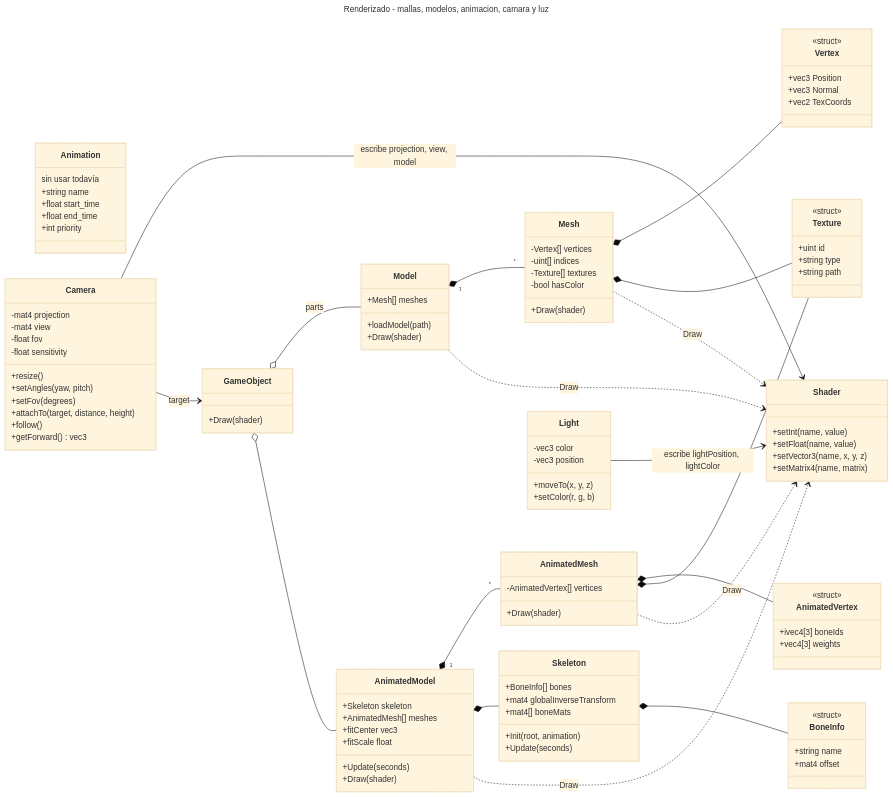
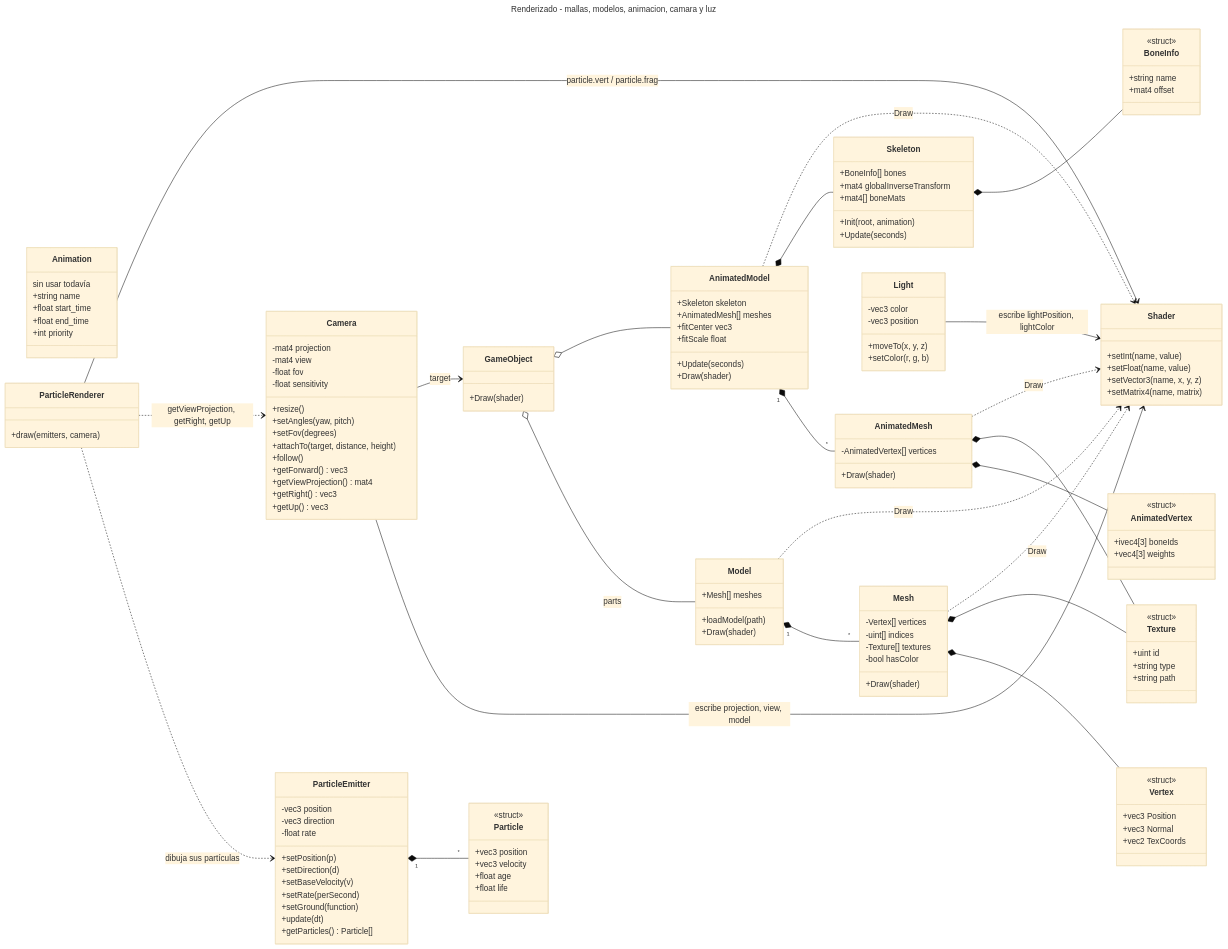
Before and after one commit to Joselitus/3Dengine: the fourth of 11 diagrams in docs/UML.md, drawn with Mermaid (base theme). The commit also changed other lines of this file and 32 other files, not shown here.

```diff
--- a/docs/UML.md
+++ b/docs/UML.md
@@ -585,6 +614,28 @@
         +float end_time
         +int priority
     }
+    class ParticleEmitter {
+        -vec3 position
+        -vec3 direction
+        -float rate
+        +setPosition(p)
+        +setDirection(d)
+        +setBaseVelocity(v)
+        +setRate(perSecond)
+        +setGround(function)
+        +update(dt)
+        +getParticles() Particle[]
+    }
+    class Particle {
+        <<struct>>
+        +vec3 position
+        +vec3 velocity
+        +float age
+        +float life
+    }
+    class ParticleRenderer {
+        +draw(emitters, camera)
+    }
     class Camera {
         -mat4 projection
         -mat4 view
@@ -596,6 +647,9 @@
         +attachTo(target, distance, height)
         +follow()
         +getForward() vec3
+        +getViewProjection() mat4
+        +getRight() vec3
+        +getUp() vec3
     }
     class Light {
         -vec3 color
@@ -620,6 +674,10 @@
     Model ..> Shader : Draw
     AnimatedModel ..> Shader : Draw
     Camera --> Shader : escribe projection, view, model
+    ParticleEmitter "1" *-- "*" Particle
+    ParticleRenderer ..> ParticleEmitter : dibuja sus partículas
+    ParticleRenderer ..> Camera : getViewProjection, getRight, getUp
+    ParticleRenderer --> Shader : particle.vert / particle.frag
     Light --> Shader : escribe lightPosition, lightColor
     Camera --> GameObject : target
     GameObject o-- Model : parts
```
